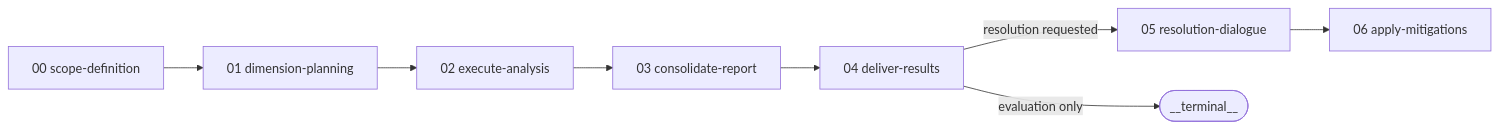
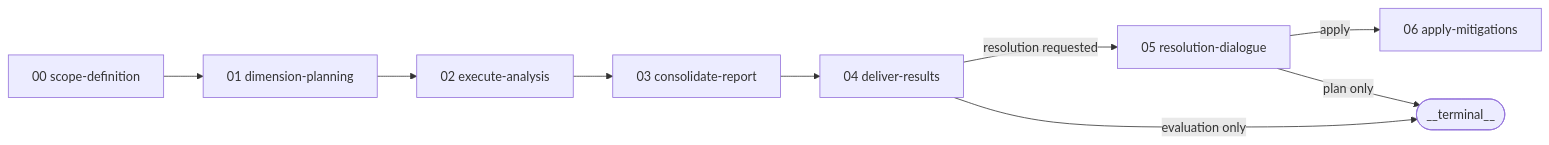
Before and after one commit to m2ux/workflow-server: the diagram in prism-evaluate/activities/README.md, drawn with Mermaid. The commit also changed other lines of this file and 3 other files, not shown here.

````diff
--- a/prism-evaluate/activities/README.md
+++ b/prism-evaluate/activities/README.md
@@ -11,10 +11,11 @@
 ```mermaid
 graph LR
     SD["00 scope-definition"] --> DP["01 dimension-planning"]
     DP --> EA["02 execute-analysis"]
     EA --> CR["03 consolidate-report"]
     CR --> DR["04 deliver-results"]
     DR -->|"resolution requested"| RES["05 resolution-dialogue"]
     DR -->|"evaluation only"| End(["__terminal__"])
-    RES --> AM["06 apply-mitigations"]
+    RES -->|"apply"| AM["06 apply-mitigations"]
+    RES -->|"plan only"| End
 ```
````
